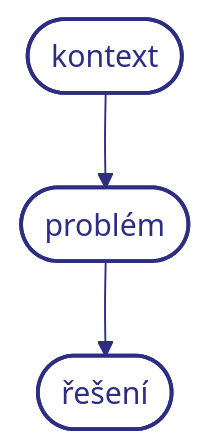
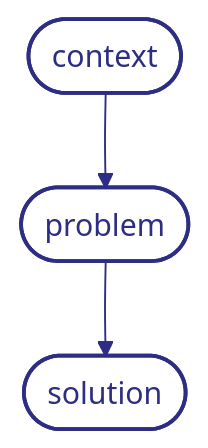
Before and after one commit to srameko/presentation-skills-cybersecurity: the second of 3 diagrams in slides/05-struktura.md, drawn with Mermaid. The commit also changed other lines of this file and 17 other files, not shown here.

````diff
--- a/slides/05-struktura.md
+++ b/slides/05-struktura.md
@@ -23,8 +23,8 @@
 ```mermaid
 %%{init: {'theme':'base','themeVariables': {'primaryColor':'#ffffff','primaryTextColor':'#2D2E83','primaryBorderColor':'#2D2E83','lineColor':'#2D2E83','secondaryColor':'#ffffff','tertiaryColor':'#ffffff','background':'#ffffff'}}}%%
 graph TD
-  A([kontext]) --> B([problém]) --> C([řešení])
+  A([context]) --> B([problem]) --> C([solution])
   style A fill:#ffffff,stroke:#2D2E83,color:#2D2E83,stroke-width:2px
   style B fill:#ffffff,stroke:#2D2E83,color:#2D2E83,stroke-width:2px
   style C fill:#ffffff,stroke:#2D2E83,color:#2D2E83,stroke-width:2px
 ```
````
